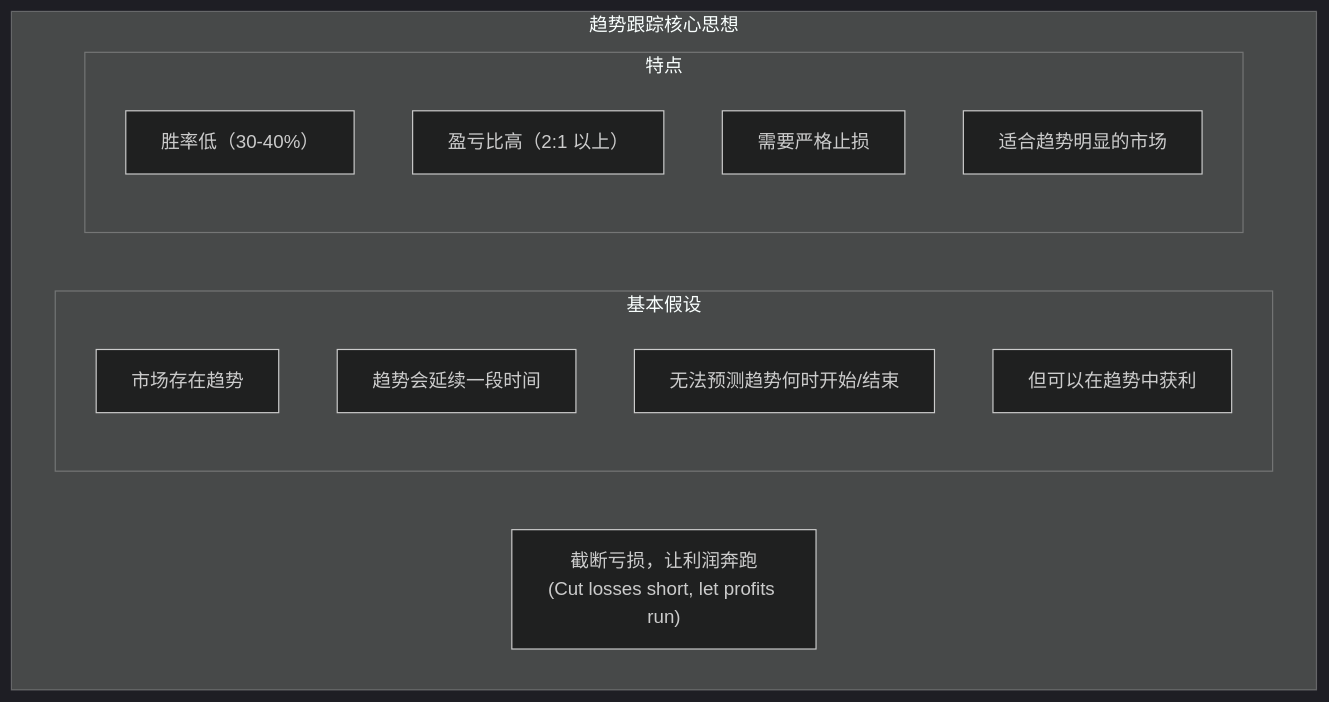
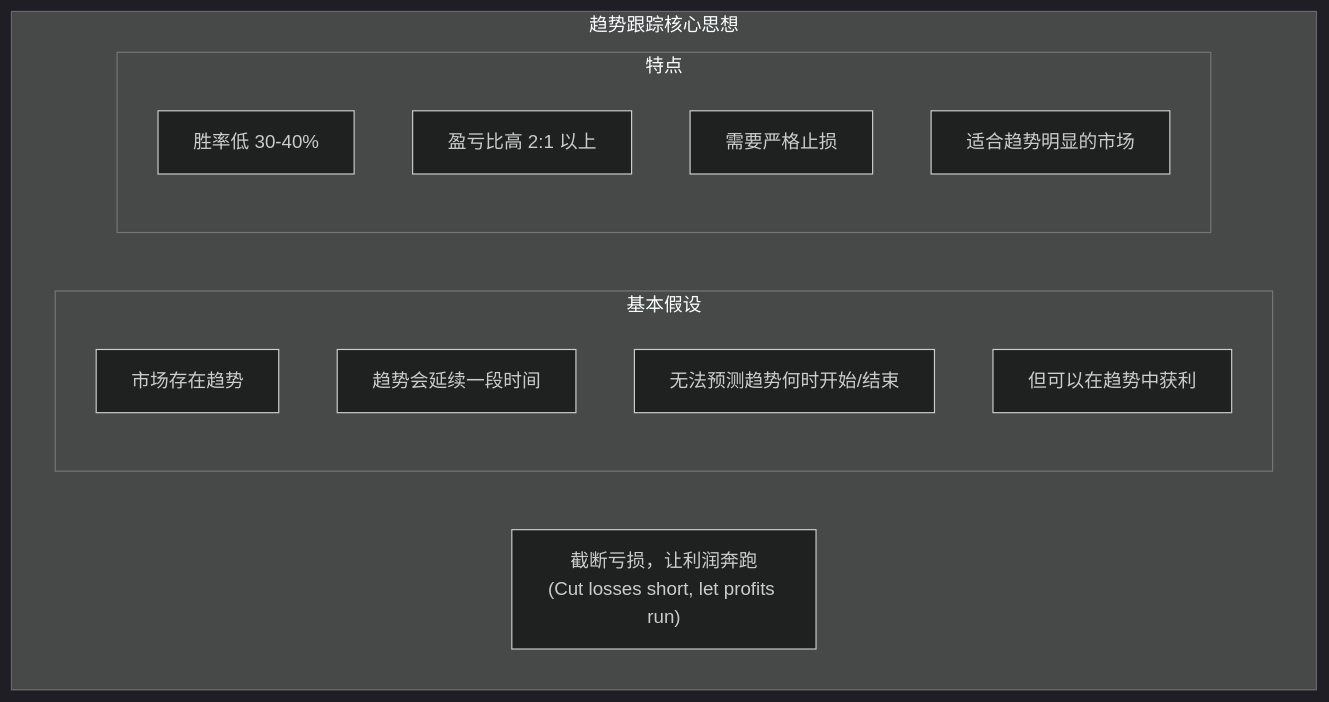
The second of 17 diagrams in content/articles/quant/quant-05-个人量化常用策略详解.md (jpixy/jpixy.github.io), drawn with Mermaid (dark theme) before and after one commit. The commit also changed other lines of this file and 66 other files, not shown here.

Commit message:
fix: resolve Mermaid syntax errors by removing parentheses in node labels

````diff
--- a/content/articles/quant/quant-05-个人量化常用策略详解.md
+++ b/content/articles/quant/quant-05-个人量化常用策略详解.md
@@ -69,18 +69,18 @@
 ```mermaid
 graph TB
     subgraph 趋势核心["趋势跟踪核心思想"]
         motto["截断亏损，让利润奔跑<br/>(Cut losses short, let profits run)"]
         subgraph 基本假设
             A1["市场存在趋势"]
             A2["趋势会延续一段时间"]
             A3["无法预测趋势何时开始/结束"]
             A4["但可以在趋势中获利"]
         end
         subgraph 特点
-            T1["胜率低（30-40%）"]
-            T2["盈亏比高（2:1 以上）"]
+            T1["胜率低 30-40%"]
+            T2["盈亏比高 2:1 以上"]
             T3["需要严格止损"]
             T4["适合趋势明显的市场"]
         end
     end
 ```
````
